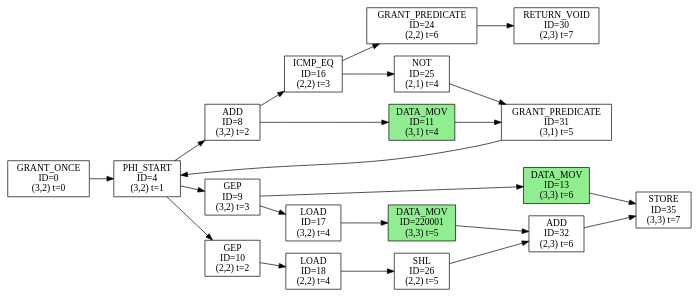
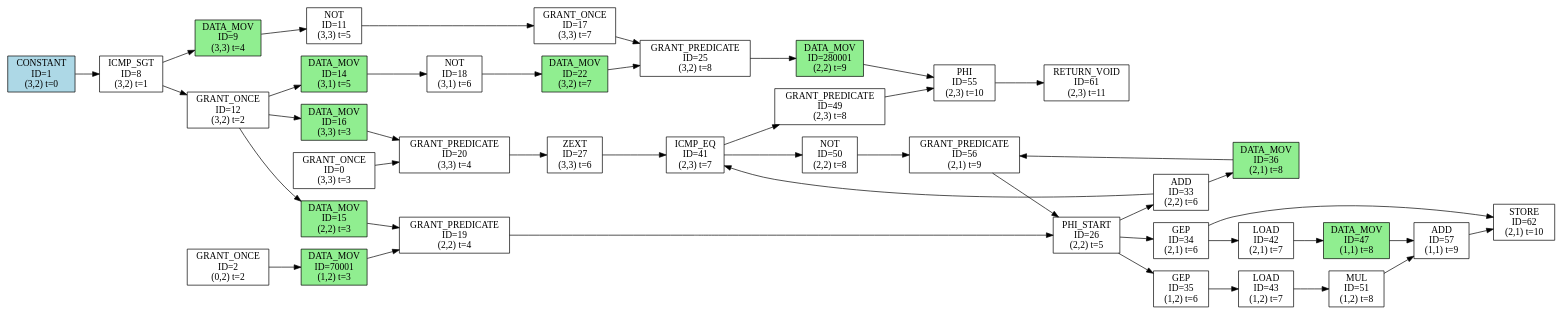
Before and after one commit to sarchlab/Zeonica_Testbench: the diagram in kernel/axpy/axpy-dfg.dot, drawn with Graphviz. The commit also changed 3 other files, not shown here.

```diff
--- a/kernel/axpy/axpy-dfg.dot
+++ b/kernel/axpy/axpy-dfg.dot
@@ -1,43 +1,82 @@
 digraph DFG {
   rankdir=LR;
   node [shape=box, style=filled];
-  n0 [label="GRANT_ONCE\nID=0\n(3,2) t=0", fillcolor=white];
-  n4 [label="PHI_START\nID=4\n(3,2) t=1", fillcolor=white];
-  n8 [label="ADD\nID=8\n(3,2) t=2", fillcolor=white];
-  n9 [label="GEP\nID=9\n(3,2) t=3", fillcolor=white];
-  n10 [label="GEP\nID=10\n(2,2) t=2", fillcolor=white];
-  n11 [label="DATA_MOV\nID=11\n(3,1) t=4", fillcolor=lightgreen];
-  n13 [label="DATA_MOV\nID=13\n(3,3) t=6", fillcolor=lightgreen];
-  n16 [label="ICMP_EQ\nID=16\n(2,2) t=3", fillcolor=white];
-  n17 [label="LOAD\nID=17\n(3,2) t=4", fillcolor=white];
-  n18 [label="LOAD\nID=18\n(2,2) t=4", fillcolor=white];
-  n24 [label="GRANT_PREDICATE\nID=24\n(2,2) t=6", fillcolor=white];
-  n25 [label="NOT\nID=25\n(2,1) t=4", fillcolor=white];
-  n26 [label="SHL\nID=26\n(2,2) t=5", fillcolor=white];
-  n30 [label="RETURN_VOID\nID=30\n(2,3) t=7", fillcolor=white];
-  n31 [label="GRANT_PREDICATE\nID=31\n(3,1) t=5", fillcolor=white];
-  n32 [label="ADD\nID=32\n(2,3) t=6", fillcolor=white];
-  n35 [label="STORE\nID=35\n(3,3) t=7", fillcolor=white];
-  n220001 [label="DATA_MOV\nID=220001\n(3,3) t=5", fillcolor=lightgreen];
-  n9 -> n13;
-  n13 -> n35;
-  n8 -> n11;
-  n11 -> n31;
-  n17 -> n220001;
-  n31 -> n4;
-  n26 -> n32;
-  n25 -> n31;
-  n0 -> n4;
-  n32 -> n35;
-  n4 -> n8;
-  n4 -> n9;
-  n16 -> n24;
-  n4 -> n10;
-  n8 -> n16;
-  n9 -> n17;
-  n24 -> n30;
-  n10 -> n18;
-  n16 -> n25;
-  n220001 -> n32;
-  n18 -> n26;
+  n0 [label="GRANT_ONCE\nID=0\n(3,3) t=3", fillcolor=white];
+  n1 [label="CONSTANT\nID=1\n(3,2) t=0", fillcolor=lightblue];
+  n2 [label="GRANT_ONCE\nID=2\n(0,2) t=2", fillcolor=white];
+  n8 [label="ICMP_SGT\nID=8\n(3,2) t=1", fillcolor=white];
+  n9 [label="DATA_MOV\nID=9\n(3,3) t=4", fillcolor=lightgreen];
+  n11 [label="NOT\nID=11\n(3,3) t=5", fillcolor=white];
+  n12 [label="GRANT_ONCE\nID=12\n(3,2) t=2", fillcolor=white];
+  n14 [label="DATA_MOV\nID=14\n(3,1) t=5", fillcolor=lightgreen];
+  n15 [label="DATA_MOV\nID=15\n(2,2) t=3", fillcolor=lightgreen];
+  n16 [label="DATA_MOV\nID=16\n(3,3) t=3", fillcolor=lightgreen];
+  n17 [label="GRANT_ONCE\nID=17\n(3,3) t=7", fillcolor=white];
+  n18 [label="NOT\nID=18\n(3,1) t=6", fillcolor=white];
+  n19 [label="GRANT_PREDICATE\nID=19\n(2,2) t=4", fillcolor=white];
+  n20 [label="GRANT_PREDICATE\nID=20\n(3,3) t=4", fillcolor=white];
+  n22 [label="DATA_MOV\nID=22\n(3,2) t=7", fillcolor=lightgreen];
+  n25 [label="GRANT_PREDICATE\nID=25\n(3,2) t=8", fillcolor=white];
+  n26 [label="PHI_START\nID=26\n(2,2) t=5", fillcolor=white];
+  n27 [label="ZEXT\nID=27\n(3,3) t=6", fillcolor=white];
+  n33 [label="ADD\nID=33\n(2,2) t=6", fillcolor=white];
+  n34 [label="GEP\nID=34\n(2,1) t=6", fillcolor=white];
+  n35 [label="GEP\nID=35\n(1,2) t=6", fillcolor=white];
+  n36 [label="DATA_MOV\nID=36\n(2,1) t=8", fillcolor=lightgreen];
+  n41 [label="ICMP_EQ\nID=41\n(2,3) t=7", fillcolor=white];
+  n42 [label="LOAD\nID=42\n(2,1) t=7", fillcolor=white];
+  n43 [label="LOAD\nID=43\n(1,2) t=7", fillcolor=white];
+  n47 [label="DATA_MOV\nID=47\n(1,1) t=8", fillcolor=lightgreen];
+  n49 [label="GRANT_PREDICATE\nID=49\n(2,3) t=8", fillcolor=white];
+  n50 [label="NOT\nID=50\n(2,2) t=8", fillcolor=white];
+  n51 [label="MUL\nID=51\n(1,2) t=8", fillcolor=white];
+  n55 [label="PHI\nID=55\n(2,3) t=10", fillcolor=white];
+  n56 [label="GRANT_PREDICATE\nID=56\n(2,1) t=9", fillcolor=white];
+  n57 [label="ADD\nID=57\n(1,1) t=9", fillcolor=white];
+  n61 [label="RETURN_VOID\nID=61\n(2,3) t=11", fillcolor=white];
+  n62 [label="STORE\nID=62\n(2,1) t=10", fillcolor=white];
+  n70001 [label="DATA_MOV\nID=70001\n(1,2) t=3", fillcolor=lightgreen];
+  n280001 [label="DATA_MOV\nID=280001\n(2,2) t=9", fillcolor=lightgreen];
+  n8 -> n9;
+  n9 -> n11;
+  n12 -> n16;
+  n16 -> n20;
+  n12 -> n15;
+  n15 -> n19;
+  n12 -> n14;
+  n14 -> n18;
+  n18 -> n22;
+  n22 -> n25;
+  n42 -> n47;
+  n47 -> n57;
+  n33 -> n36;
+  n36 -> n56;
+  n2 -> n70001;
+  n25 -> n280001;
+  n51 -> n57;
+  n43 -> n51;
+  n41 -> n50;
+  n41 -> n49;
+  n35 -> n43;
+  n34 -> n62;
+  n33 -> n41;
+  n0 -> n20;
+  n57 -> n62;
+  n26 -> n35;
+  n1 -> n8;
+  n27 -> n41;
+  n70001 -> n19;
+  n34 -> n42;
+  n8 -> n12;
+  n49 -> n55;
+  n19 -> n26;
+  n11 -> n17;
+  n17 -> n25;
+  n50 -> n56;
+  n20 -> n27;
+  n280001 -> n55;
+  n55 -> n61;
+  n26 -> n33;
+  n56 -> n26;
+  n26 -> n34;
 }
```
